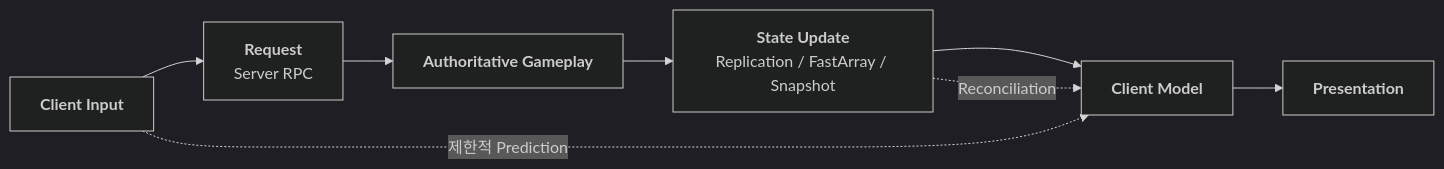
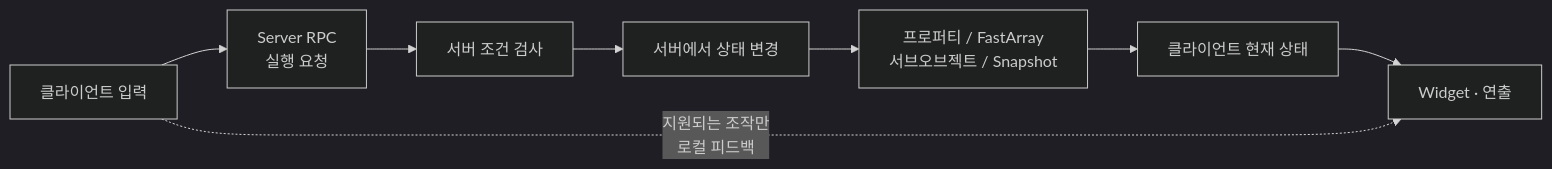
One commit to chungheonLee0325/Sonheim changed the first of 2 diagrams in Doc/Wiki/12_Multiplayer_Synchronization.md. Above: the diagram before and after it, drawn with Mermaid (dark theme). The commit also changed other lines of this file, not shown here.

Commit message:
docs: reconcile multiplayer wiki with skill subobject replication and prediction defaults

```diff
--- a/Doc/Wiki/12_Multiplayer_Synchronization.md
+++ b/Doc/Wiki/12_Multiplayer_Synchronization.md
@@ -28,18 +40,10 @@
 ~~~mermaid
 flowchart LR
-    INPUT["<b>Client Input</b>"]
-    REQUEST["<b>Request</b><br/>Server RPC"]
-    AUTH["<b>Authoritative Gameplay</b>"]
-    STATE["<b>State Update</b><br/>Replication / FastArray / Snapshot"]
-    LOCAL["<b>Client Model</b>"]
-    VIEW["<b>Presentation</b>"]
-
-    INPUT --> REQUEST
-    REQUEST --> AUTH
-    AUTH --> STATE
-    STATE --> LOCAL
-    LOCAL --> VIEW
-
-    INPUT -. "제한적 Prediction" .-> LOCAL
-    STATE -. "Reconciliation" .-> LOCAL
+    INPUT["클라이언트 입력"] --> REQUEST["Server RPC<br/>실행 요청"]
+    REQUEST --> CHECK["서버 조건 검사"]
+    CHECK --> MUTATION["서버에서 상태 변경"]
+    MUTATION --> REP["프로퍼티 / FastArray<br/>서브오브젝트 / Snapshot"]
+    REP --> CLIENT["클라이언트 현재 상태"]
+    CLIENT --> UI["Widget · 연출"]
+    INPUT -. "지원되는 조작만<br/>로컬 피드백" .-> UI
 ~~~
```
